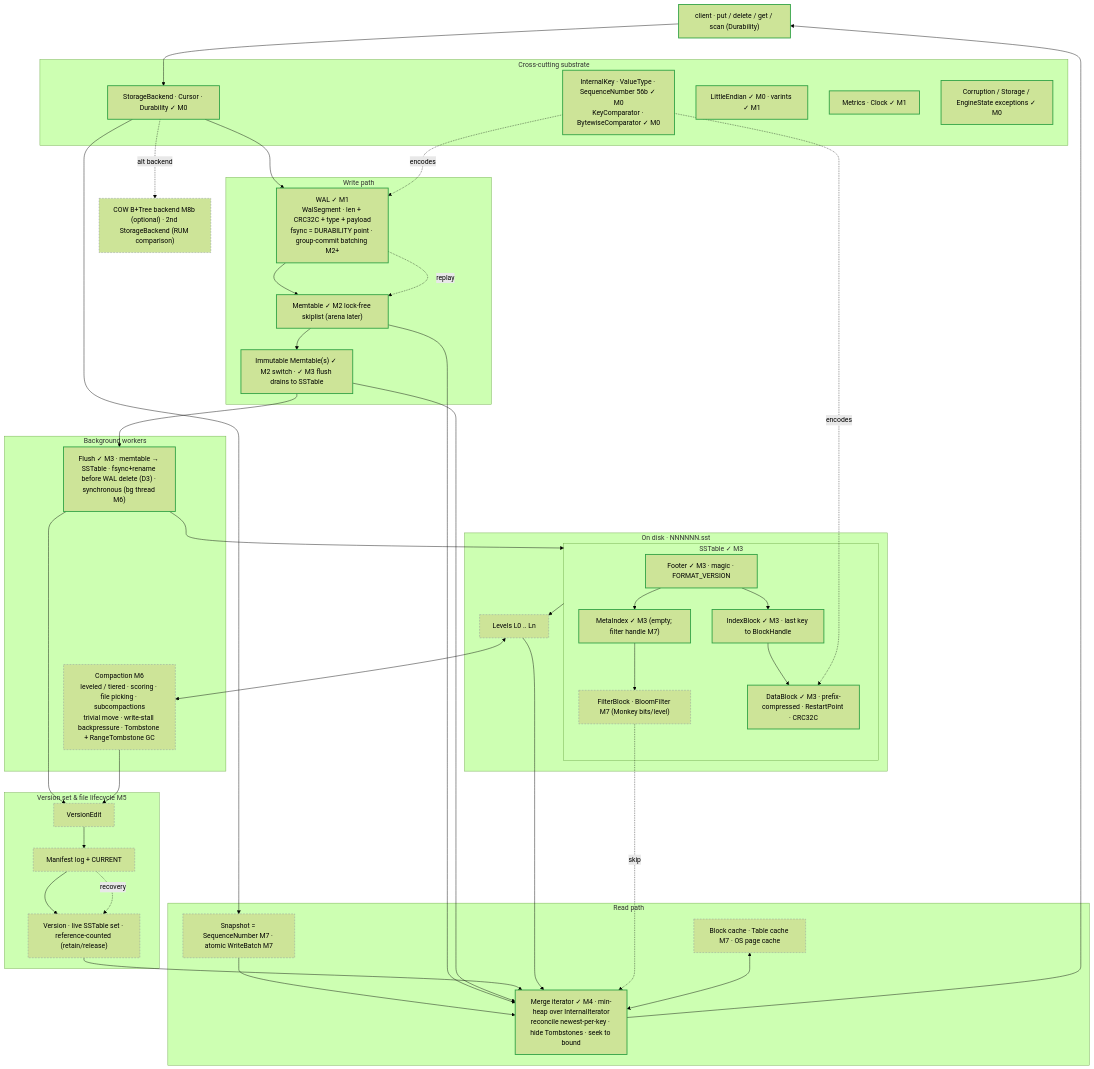
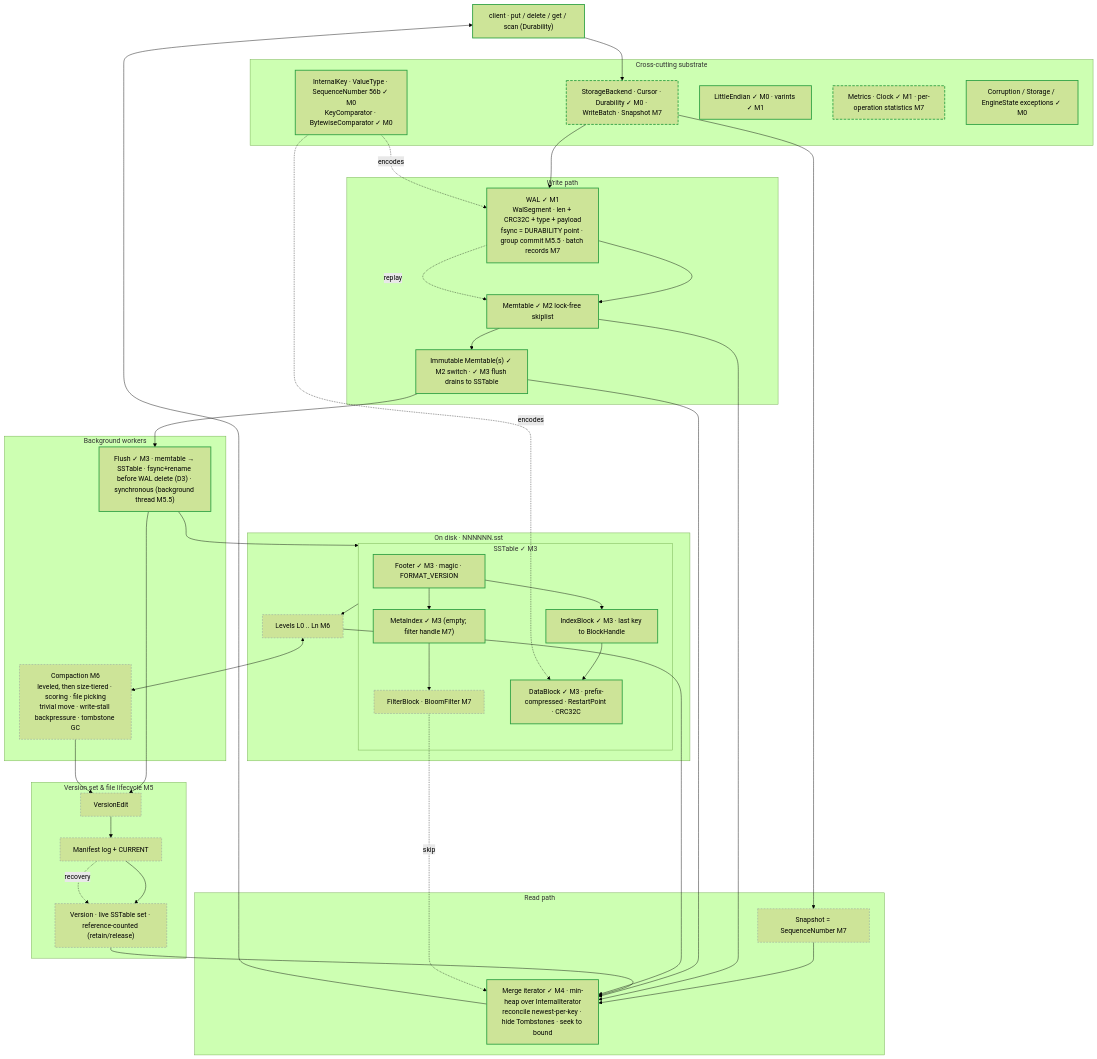
The second of 4 diagrams in documentation/architecture/project-scope.md (rahul-j0shi/shale), drawn with Mermaid (forest theme) before and after one commit. The commit also changed other lines of this file and 12 other files, not shown here.

First line of the commit message:
docs(docs): update as-built pages, Javadoc and scope diagrams

````diff
--- a/documentation/architecture/project-scope.md
+++ b/documentation/architecture/project-scope.md
@@ -56,82 +47,78 @@
 ```mermaid
 flowchart TB
   client["client · put / delete / get / scan (Durability)"]:::done
 
   subgraph xcut["Cross-cutting substrate"]
-    spi["StorageBackend · Cursor · Durability ✓ M0"]:::done
+    spi["StorageBackend · Cursor · Durability ✓ M0 · WriteBatch · Snapshot M7"]:::part
     keyz["InternalKey · ValueType · SequenceNumber 56b ✓ M0<br/>KeyComparator · BytewiseComparator ✓ M0"]:::done
     codez["LittleEndian ✓ M0 · varints ✓ M1"]:::done
-    obs["Metrics · Clock ✓ M1"]:::done
+    obs["Metrics · Clock ✓ M1 · per-operation statistics M7"]:::part
     errs["Corruption / Storage / EngineState exceptions ✓ M0"]:::done
   end
 
   subgraph wpath["Write path"]
-    wal["WAL ✓ M1<br/>WalSegment · len + CRC32C + type + payload<br/>fsync = DURABILITY point · group-commit batching M2+"]:::done
-    mem["Memtable ✓ M2 lock-free skiplist (arena later)"]:::done
+    wal["WAL ✓ M1<br/>WalSegment · len + CRC32C + type + payload<br/>fsync = DURABILITY point · group commit M5.5 · batch records M7"]:::done
+    mem["Memtable ✓ M2 lock-free skiplist"]:::done
     imm["Immutable Memtable(s) ✓ M2 switch · ✓ M3 flush drains to SSTable"]:::done
   end
 
   subgraph bg["Background workers"]
-    flush["Flush ✓ M3 · memtable → SSTable · fsync+rename before WAL delete (D3) · synchronous (bg thread M6)"]:::done
-    comp["Compaction M6<br/>leveled / tiered · scoring · file picking · subcompactions<br/>trivial move · write-stall backpressure · Tombstone + RangeTombstone GC"]:::plan
+    flush["Flush ✓ M3 · memtable → SSTable · fsync+rename before WAL delete (D3) · synchronous (background thread M5.5)"]:::done
+    comp["Compaction M6<br/>leveled, then size-tiered · scoring · file picking<br/>trivial move · write-stall backpressure · tombstone GC"]:::plan
   end
 
   subgraph store["On disk · NNNNNN.sst"]
     subgraph sstable["SSTable ✓ M3"]
       ft["Footer ✓ M3 · magic · FORMAT_VERSION"]:::done
       idx["IndexBlock ✓ M3 · last key to BlockHandle"]:::done
       mi["MetaIndex ✓ M3 (empty; filter handle M7)"]:::done
-      fb["FilterBlock · BloomFilter M7 (Monkey bits/level)"]:::plan
+      fb["FilterBlock · BloomFilter M7"]:::plan
       db["DataBlock ✓ M3 · prefix-compressed · RestartPoint · CRC32C"]:::done
     end
-    lvl["Levels L0 .. Ln"]:::plan
+    lvl["Levels L0 .. Ln M6"]:::plan
   end
 
   subgraph vers["Version set & file lifecycle M5"]
     edit["VersionEdit"]:::plan
     man["Manifest log + CURRENT"]:::plan
     ver["Version · live SSTable set · reference-counted (retain/release)"]:::plan
   end
 
   subgraph rpath["Read path"]
-    snap["Snapshot = SequenceNumber M7 · atomic WriteBatch M7"]:::plan
+    snap["Snapshot = SequenceNumber M7"]:::plan
     merge["Merge iterator ✓ M4 · min-heap over InternalIterator<br/>reconcile newest-per-key · hide Tombstones · seek to bound"]:::done
-    cache["Block cache · Table cache M7 · OS page cache"]:::plan
   end
-
-  bpt["COW B+Tree backend M8b (optional) · 2nd StorageBackend (RUM comparison)"]:::plan
 
   client --> spi
   spi --> wal
   wal --> mem
   mem --> imm
   imm --> flush
   flush --> sstable
   sstable --> lvl
   ft --> idx
   ft --> mi
   idx --> db
   mi --> fb
   flush --> edit
   comp --> edit
   lvl <--> comp
   edit --> man
   man --> ver
   spi --> snap
   snap --> merge
   mem --> merge
   imm --> merge
   ver --> merge
   lvl --> merge
   fb -. skip .-> merge
-  cache <--> merge
   merge --> client
   man -. recovery .-> ver
   wal -. replay .-> mem
   keyz -. encodes .-> wal
   keyz -. encodes .-> db
-  spi -. alt backend .-> bpt
 
   classDef done stroke:#2ea043,stroke-width:2px;
+  classDef part stroke:#2ea043,stroke-width:2px,stroke-dasharray:6 3;
   classDef plan stroke:#8b949e,stroke-width:1px,stroke-dasharray:4 3;
 ```
````
